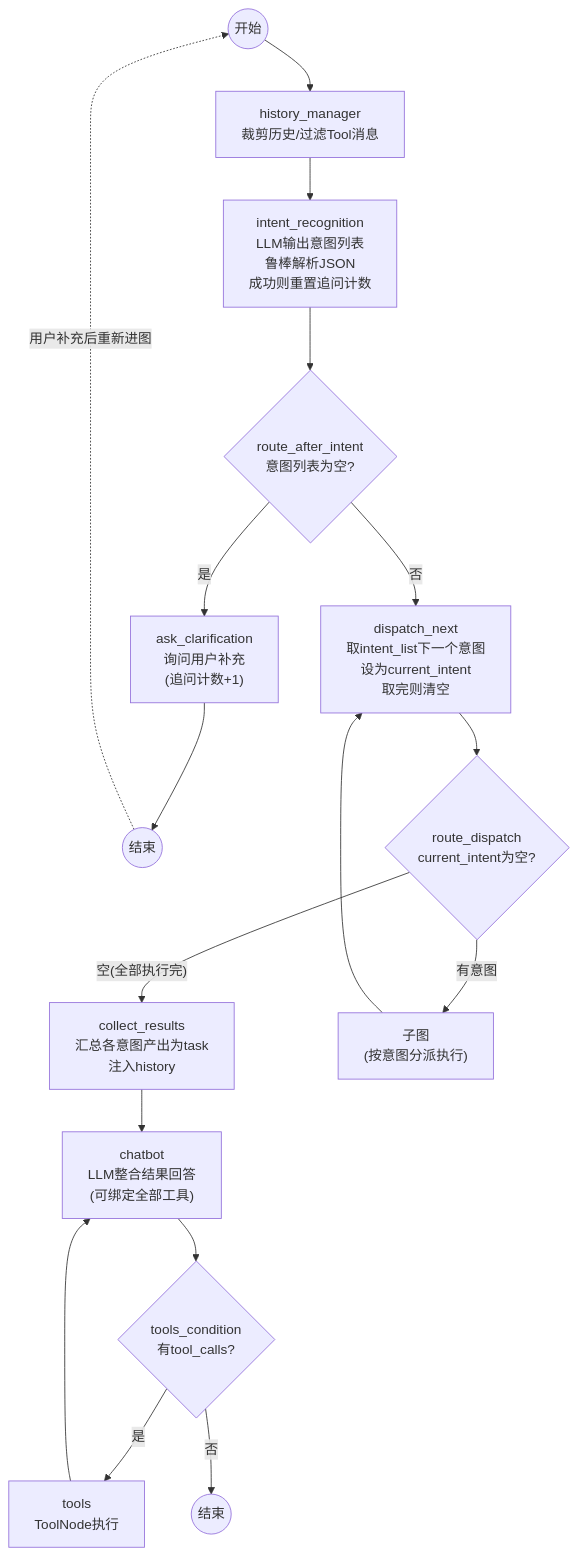
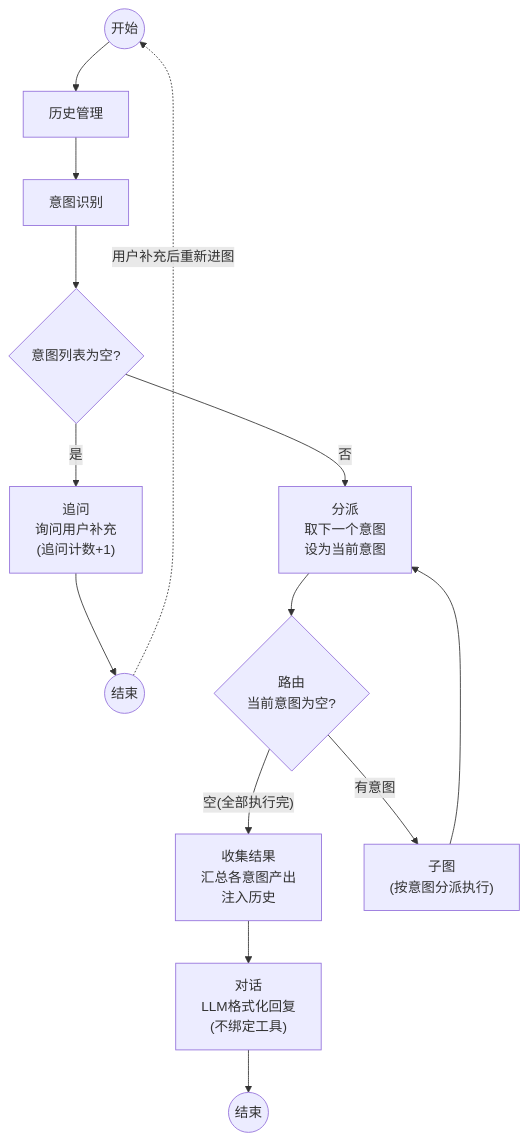
The diagram in langgraph-writer/docs/base_agent_with_intent.mmd (30998772/novelist), drawn with Mermaid before and after one commit. The commit also changed 20 other files, not shown here.

Commit message:
主子图设计

```diff
--- a/langgraph-writer/docs/base_agent_with_intent.mmd
+++ b/langgraph-writer/docs/base_agent_with_intent.mmd
@@ -1,21 +1,18 @@
 graph TB
-    开始((开始)) --> 历史管理["history_manager<br/>裁剪历史/过滤Tool消息"]
-    历史管理 --> 意图识别["intent_recognition<br/>LLM输出意图列表<br/>鲁棒解析JSON<br/>成功则重置追问计数"]
-    意图识别 --> 检查意图{"route_after_intent<br/>意图列表为空?"}
+    开始((开始)) --> 历史管理["历史管理"]
+    历史管理 --> 意图识别["意图识别"]
+    意图识别 --> 检查意图{"意图列表为空?"}
 
-    检查意图 -- "是" --> 追问["ask_clarification<br/>询问用户补充<br/>(追问计数+1)"]
+    检查意图 -- "是" --> 追问["追问<br/>询问用户补充<br/>(追问计数+1)"]
     追问 --> 结束1((结束))
     结束1 -. "用户补充后重新进图" .-> 开始
 
-    检查意图 -- "否" --> 分派["dispatch_next<br/>取intent_list下一个意图<br/>设为current_intent<br/>取完则清空"]
-    分派 --> 路由{"route_dispatch<br/>current_intent为空?"}
+    检查意图 -- "否" --> 分派["分派<br/>取下一个意图<br/>设为当前意图"]
+    分派 --> 路由{"路由<br/>当前意图为空?"}
 
-    路由 -- "空(全部执行完)" --> 收集["collect_results<br/>汇总各意图产出为task<br/>注入history"]
+    路由 -- "空(全部执行完)" --> 收集["收集结果<br/>汇总各意图产出<br/>注入历史"]
     路由 -- "有意图" --> 子图["子图<br/>(按意图分派执行)"]
     子图 --> 分派
 
-    收集 --> 对话["chatbot<br/>LLM整合结果回答<br/>(可绑定全部工具)"]
-    对话 --> 工具判断{"tools_condition<br/>有tool_calls?"}
-    工具判断 -- "是" --> 工具["tools<br/>ToolNode执行"]
-    工具 --> 对话
-    工具判断 -- "否" --> 结束2((结束))
+    收集 --> 对话["对话<br/>LLM格式化回复<br/>(不绑定工具)"]
+    对话 --> 结束2((结束))
```
